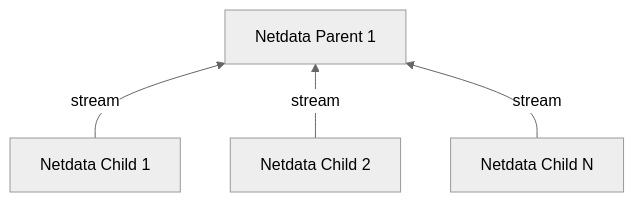
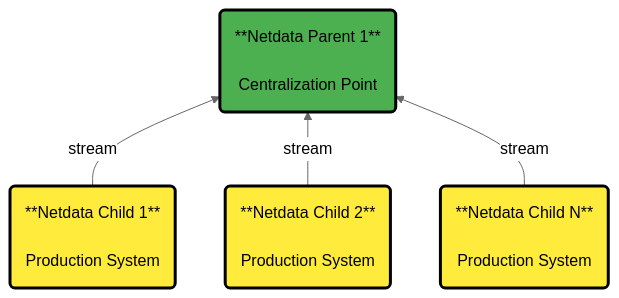
One commit to netdata/netdata changed the diagram in docs/observability-centralization-points/metrics-centralization-points/README.md. Above: the diagram before and after it, drawn with Mermaid (neutral theme). The commit also changed other lines of this file and 4 other files, not shown here.

````diff
--- a/docs/observability-centralization-points/metrics-centralization-points/README.md
+++ b/docs/observability-centralization-points/metrics-centralization-points/README.md
@@ -3,10 +7,18 @@
 ```mermaid
 flowchart BT
-    C1["Netdata Child 1"]
-    C2["Netdata Child 2"]
-    C3["Netdata Child N"]
-    P1["Netdata Parent 1"]
+    C1("**Netdata Child 1**<br/><br/>Production System")
+    C2("**Netdata Child 2**<br/><br/>Production System")
+    C3("**Netdata Child N**<br/><br/>Production System")
+    P1("**Netdata Parent 1**<br/><br/>Centralization Point")
     C1 -->|stream| P1
     C2 -->|stream| P1
     C3 -->|stream| P1
+    
+    %% Style definitions
+    classDef child fill:#ffeb3b,stroke:#000000,stroke-width:3px,color:#000000,font-size:16px
+    classDef parent fill:#4caf50,stroke:#000000,stroke-width:3px,color:#000000,font-size:16px
+    
+    %% Apply styles
+    class C1,C2,C3 child
+    class P1 parent
 ```
````
